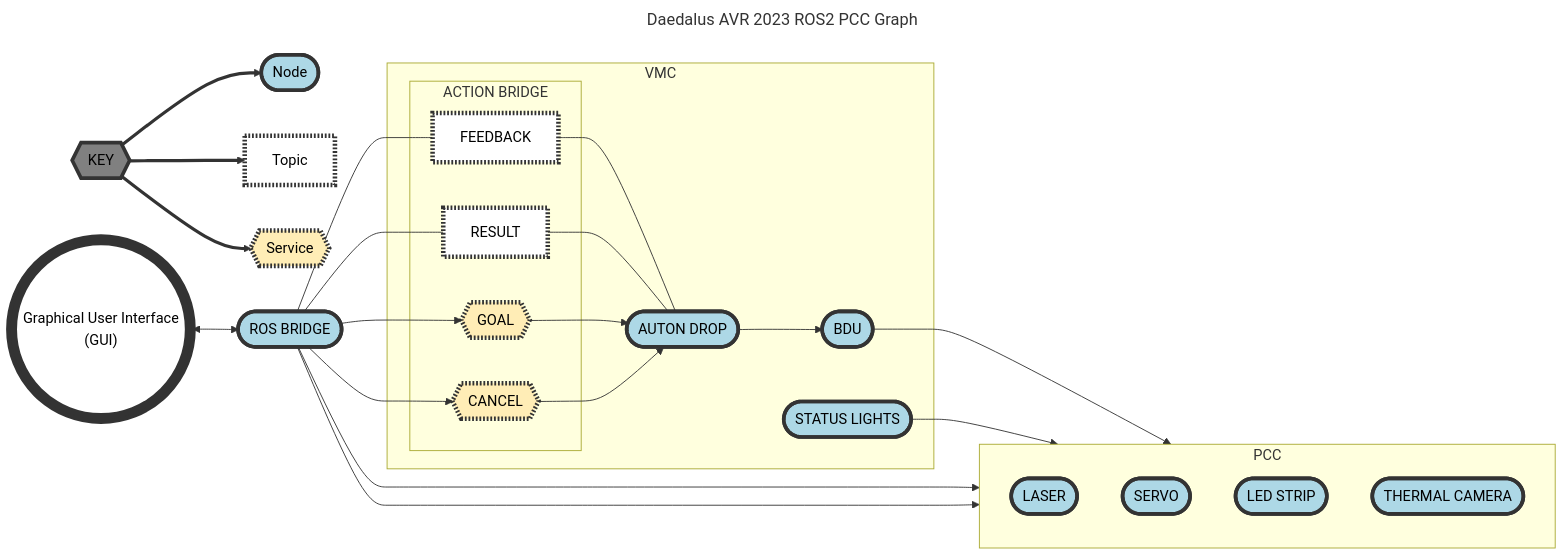
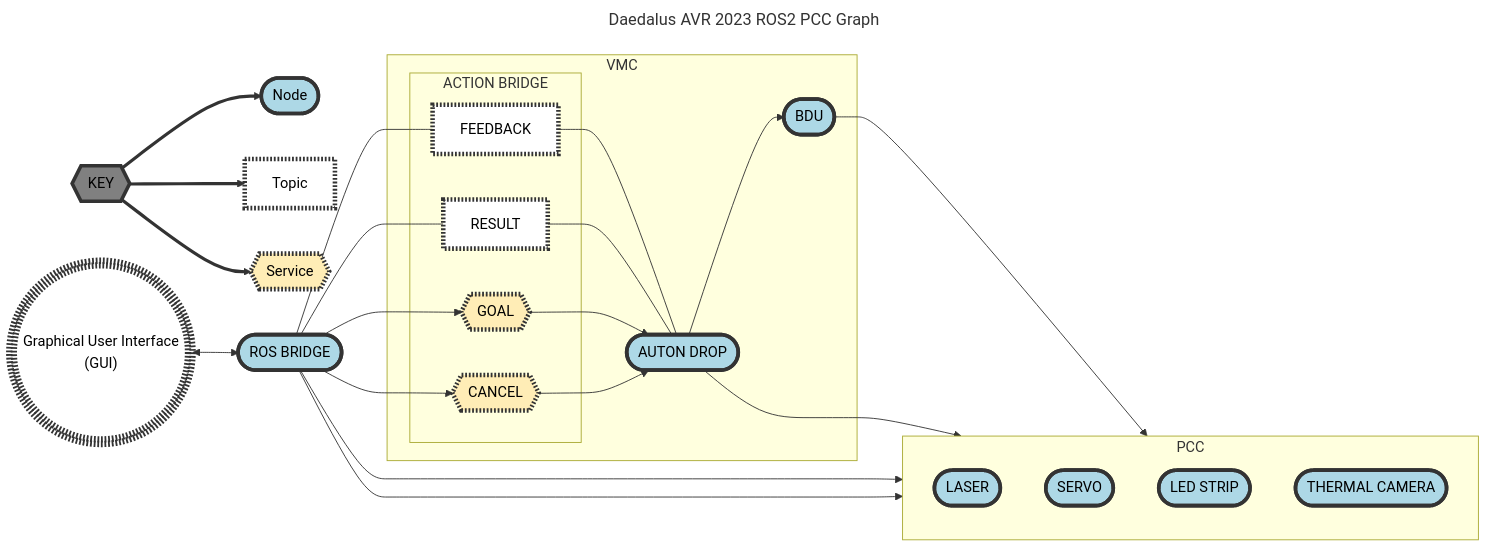
The diagram in PCC.md (Daedalus-Robotics/avr_2023_documentation), drawn with Mermaid before and after one commit.

Commit message:
Update PCC.md
Fixed wrong connection

````diff
--- a/PCC.md
+++ b/PCC.md
@@ -1,64 +1,63 @@
 ```mermaid
 ---
 title: Daedalus AVR 2023 ROS2 PCC Graph
 ---
 
 flowchart LR
 
     classDef node fill:lightBlue,color:black,stroke:#333,stroke-width:4px
     classDef topic fill:white,color:black,stroke:#333,stroke-width:5px, stroke-dasharray: 2 2
     classDef service fill:#ffedb6,color:black,stroke:#333,stroke-width:5px, stroke-dasharray: 2 2
-    classDef gui fill:white, color:black, stroke:#333, stroke-width:7px
+    classDef gui fill:#ffffff,color:black,stroke:#333,stroke-width:7px, stroke-dasharray: 2 2
 
     
     classDef key fill:gray,color:black,stroke:#333,stroke-width:4px
 
     legend{{KEY}}:::key==>i1([Node]):::node
     legend==>i2[Topic]:::topic
     legend==>i3{{Service}}:::service
     
     subgraph PCC
         direction TB
 
         laser([LASER])
         servo([SERVO])
         ledstrip([LED STRIP])
         thermcam([THERMAL CAMERA])
         
     end
 
     subgraph VMC
         bdu([BDU]) --> servo
-        auton_drop([AUTON DROP]) 
-        stat_lights([STATUS LIGHTS]) --> ledstrip
+        auton_drop([AUTON DROP]) --> ledstrip
         
         subgraph ACTION BRIDGE
             goal{{GOAL}}:::service
             cancel{{CANCEL}}:::service
             feedback[FEEDBACK]:::topic
             result[RESULT]:::topic
         end
     end
 
     ros_bridge([ROS BRIDGE]) --> laser
     ros_bridge --> thermcam
 
     GUI((("Graphical User Interface \n (GUI)"))):::gui
 
     ros_bridge --- feedback --- auton_drop
     ros_bridge --- result --- auton_drop
 
 
     ros_bridge --> goal --> auton_drop
     ros_bridge --> cancel --> auton_drop
     auton_drop --> bdu
 
     GUI <--> ros_bridge
 
     
 
 
   
 
 
 ```
````
